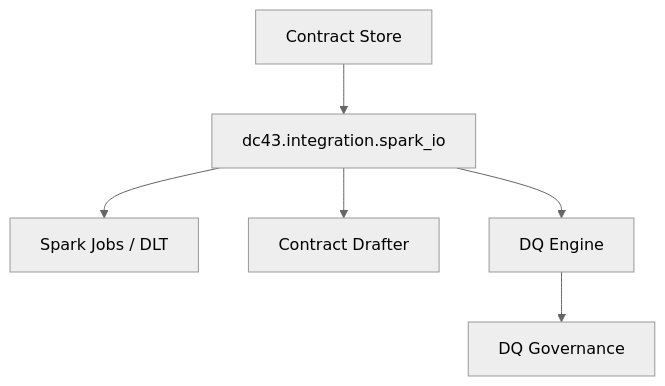
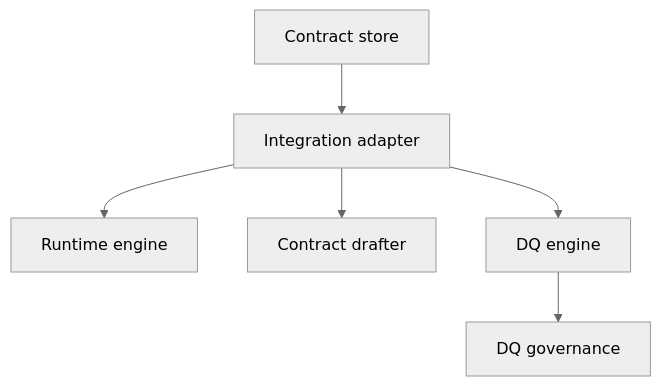
One commit to NextLab-SRL/dc43 changed the diagram in docs/component-integration-layer.md. Above: the diagram before and after it, drawn with Mermaid (neutral theme). The commit also changed other lines of this file and 13 other files, not shown here.

````diff
--- a/docs/component-integration-layer.md
+++ b/docs/component-integration-layer.md
@@ -12,8 +17,8 @@
 ```mermaid
 flowchart TD
-    ContractStore["Contract Store"] --> IO["dc43.integration.spark_io"]
-    IO --> Spark["Spark Jobs / DLT"]
-    IO --> Drafter["Contract Drafter"]
-    IO --> DQEngine["DQ Engine"]
-    DQEngine --> DQClient["DQ Governance"]
+    ContractStore["Contract store"] --> Adapter["Integration adapter"]
+    Adapter --> Runtime["Runtime engine"]
+    Adapter --> Drafter["Contract drafter"]
+    Adapter --> DQEngine["DQ engine"]
+    DQEngine --> DQClient["DQ governance"]
 ```
````
